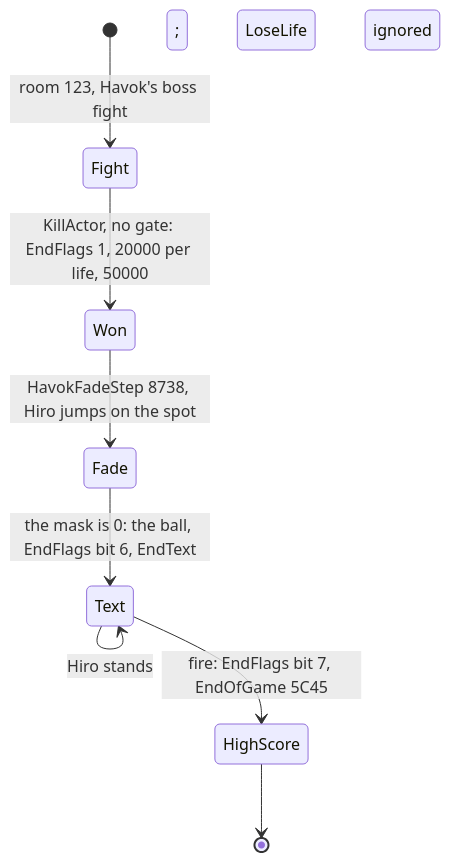
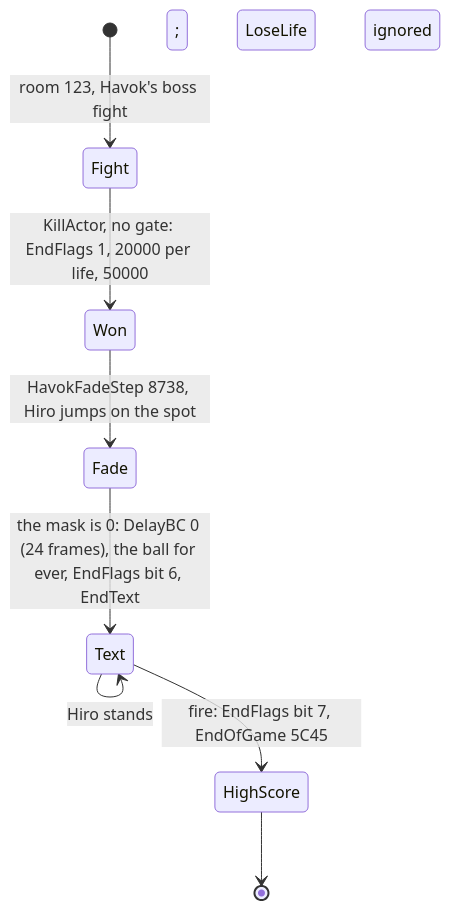
Before and after one commit to alfishe/unrealng-reverse-cases: diagram 14 of 15 in games/switchblade/docs/10-gameplay-logic.md, drawn with Mermaid. The commit also changed other lines of this file and 54 other files, not shown here.

````diff
--- a/games/switchblade/docs/10-gameplay-logic.md
+++ b/games/switchblade/docs/10-gameplay-logic.md
@@ -1955,10 +2078,10 @@
 ```mermaid
 stateDiagram-v2
     [*] --> Fight: room 123, Havok's boss fight
     Fight --> Won: KillActor, no gate: EndFlags 1, 20000 per life, 50000
     Won --> Fade: HavokFadeStep 8738, Hiro jumps on the spot
-    Fade --> Text: the mask is 0: the ball, EndFlags bit 6, EndText
+    Fade --> Text: the mask is 0: DelayBC 0 (24 frames), the ball for ever, EndFlags bit 6, EndText
     Text --> Text: Hiro stands; LoseLife ignored
     Text --> HighScore: fire: EndFlags bit 7, EndOfGame 5C45
     HighScore --> [*]
 ```
````
